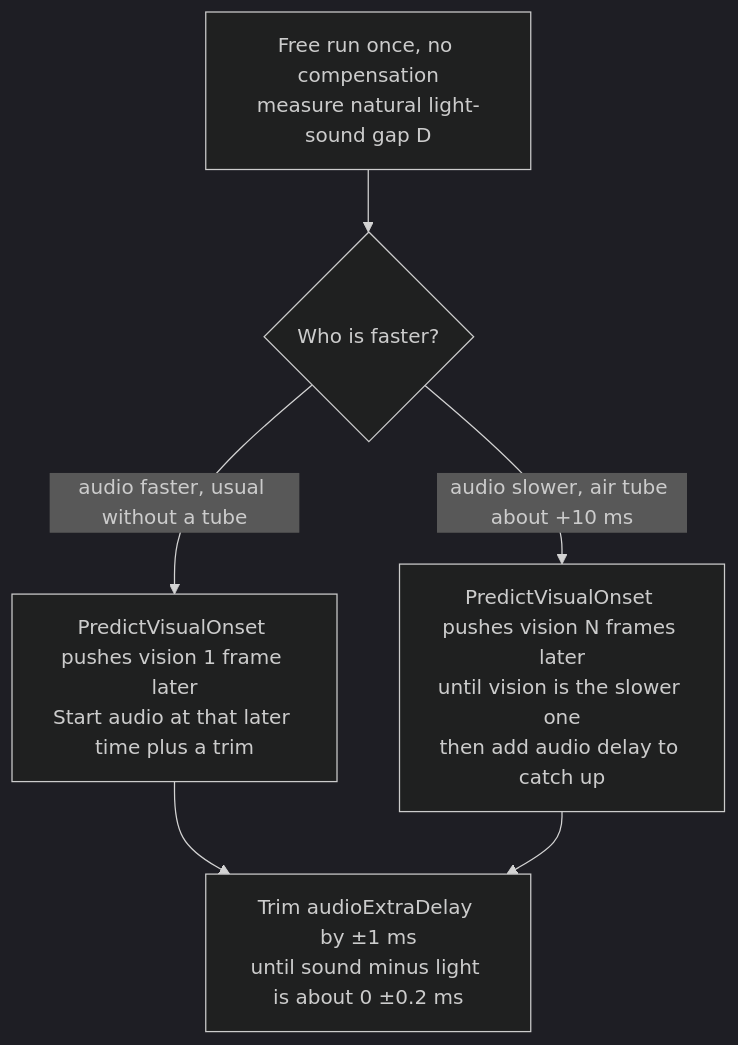
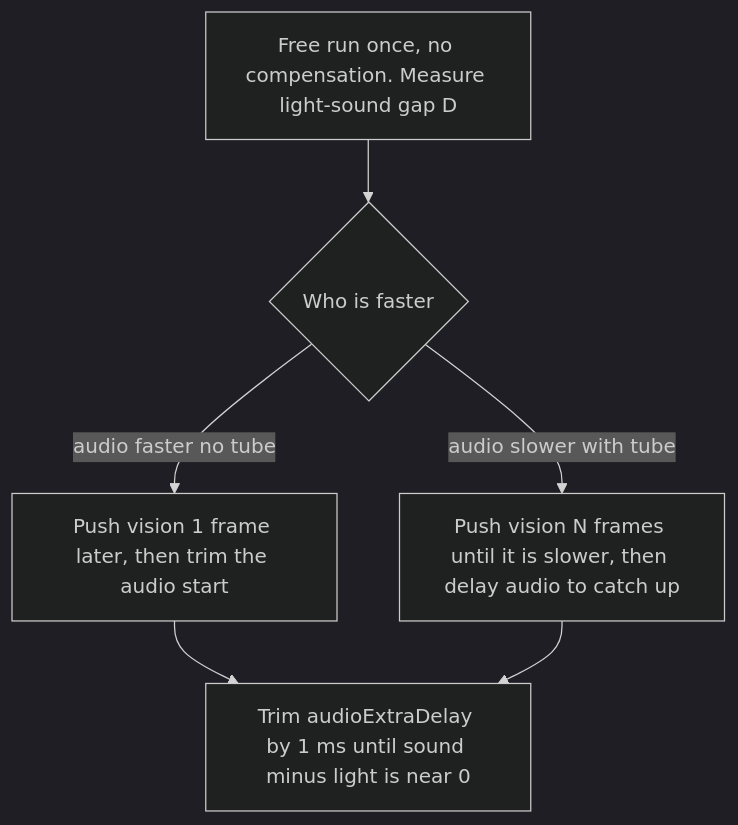
One commit to Echoguwy/ptb-av-timing changed the fifth of 6 diagrams in High-Precision-AV-Stimulation-Manual.md. Above: the diagram before and after it, drawn with Mermaid (dark theme). The commit also changed other lines of this file and 1 other file, not shown here.

Commit message:
Fix English Mermaid diagrams that GitHub could not parse.

````diff
--- a/High-Precision-AV-Stimulation-Manual.md
+++ b/High-Precision-AV-Stimulation-Manual.md
@@ -216,8 +216,8 @@
 ```mermaid
 flowchart TD
-    A[Free run once, no compensation<br/>measure natural light-sound gap D] --> B{Who is faster?}
-    B -->|audio faster, usual without a tube| C[PredictVisualOnset pushes vision 1 frame later<br/>Start audio at that later time plus a trim]
-    B -->|audio slower, air tube about +10 ms| D[PredictVisualOnset pushes vision N frames later<br/>until vision is the slower one<br/>then add audio delay to catch up]
-    C --> E[Trim audioExtraDelay by ±1 ms<br/>until sound minus light is about 0 ±0.2 ms]
+    A["Free run once, no compensation. Measure light-sound gap D"] --> B{Who is faster}
+    B -->|audio faster no tube| C["Push vision 1 frame later, then trim the audio start"]
+    B -->|audio slower with tube| D["Push vision N frames until it is slower, then delay audio to catch up"]
+    C --> E["Trim audioExtraDelay by 1 ms until sound minus light is near 0"]
     D --> E
 ```
````
